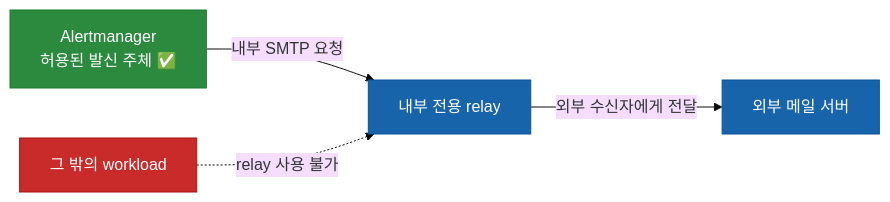
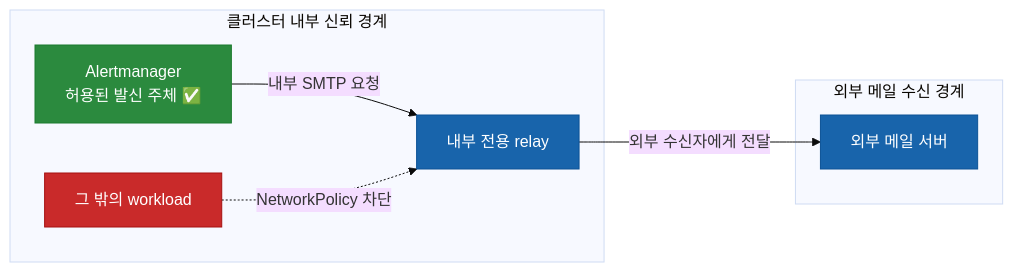
The first of 2 diagrams in blog/kubernetes-alertmanager-postfix-open-relay.md (ibocon/ibocon), drawn with Mermaid (base theme) before and after one commit. The commit also changed other lines of this file and 5 other files, not shown here.

````diff
--- a/blog/kubernetes-alertmanager-postfix-open-relay.md
+++ b/blog/kubernetes-alertmanager-postfix-open-relay.md
@@ -51,11 +51,16 @@
 ```mermaid
 flowchart LR
-    A[Alertmanager<br/>허용된 발신 주체 ✅] -->|내부 SMTP 요청| B[내부 전용 relay]
-    B -->|외부 수신자에게 전달| C[외부 메일 서버]
-    D[그 밖의 workload] -.->|relay 사용 불가| B
+    subgraph 클러스터 내부 신뢰 경계
+        A[Alertmanager<br/>허용된 발신 주체 ✅] -->|내부 SMTP 요청| B[내부 전용 relay]
+        D[그 밖의 workload] -.->|NetworkPolicy 차단| B
+    end
+    subgraph 외부 메일 수신 경계
+        C[외부 메일 서버]
+    end
+    B -->|외부 수신자에게 전달| C
 
     style A fill:#2b8a3e,stroke:#1b7a2e,color:#fff
     style B fill:#1864ab,stroke:#0c5296,color:#fff
     style C fill:#1864ab,stroke:#0c5296,color:#fff
     style D fill:#c92a2a,stroke:#a51111,color:#fff
 ```
````
